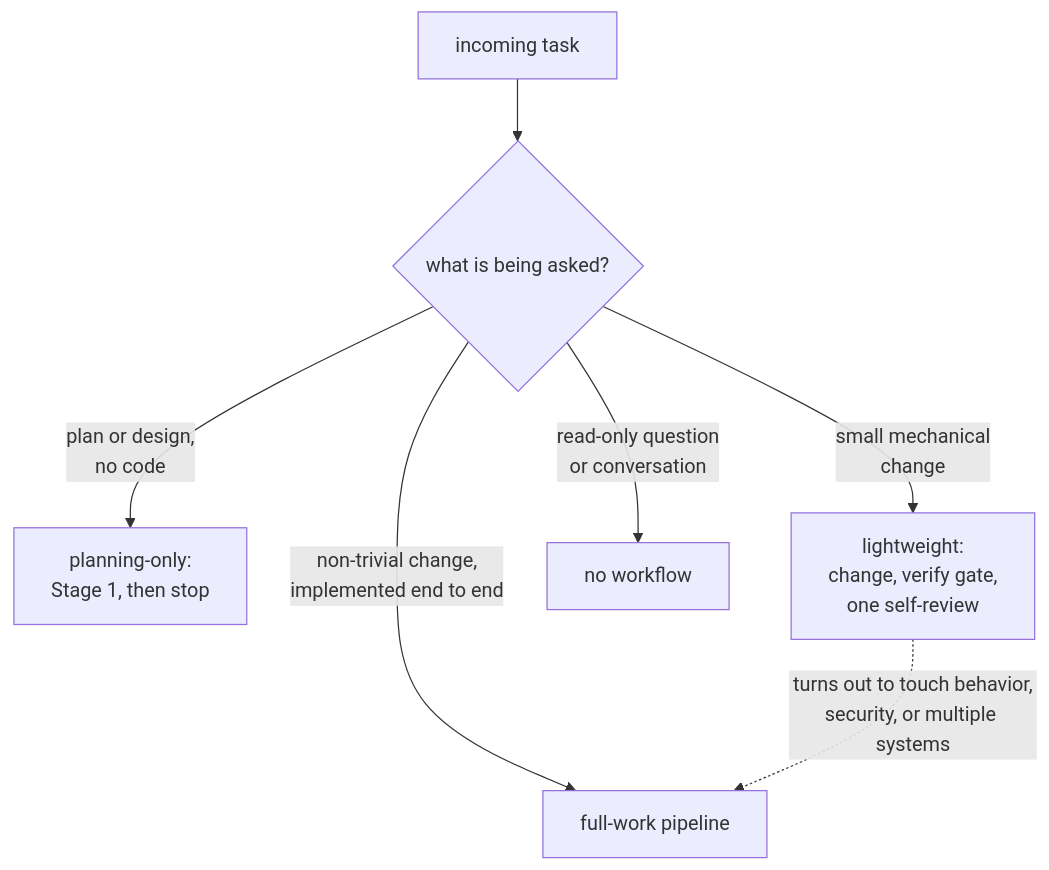
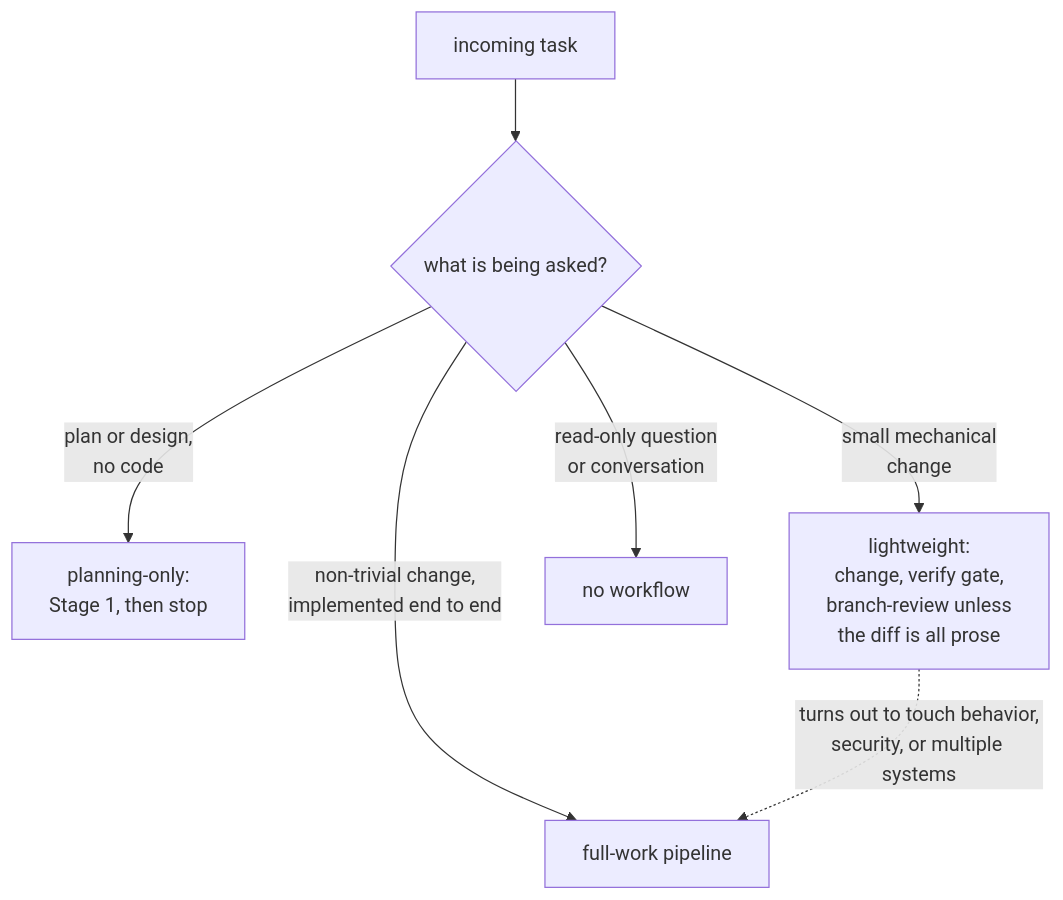
The first of 3 diagrams in README.md (brenordv/claude-skill-set), drawn with Mermaid before and after one commit. The commit also changed other lines of this file and 25 other files, not shown here.

````diff
--- a/README.md
+++ b/README.md
@@ -134,9 +147,9 @@
 ```mermaid
 flowchart TD
     T["incoming task"] --> Q{"what is being asked?"}
     Q -->|"non-trivial change,<br/>implemented end to end"| FW["full-work pipeline"]
     Q -->|"plan or design,<br/>no code"| PO["planning-only:<br/>Stage 1, then stop"]
-    Q -->|"small mechanical<br/>change"| LW["lightweight:<br/>change, verify gate,<br/>one self-review"]
+    Q -->|"small mechanical<br/>change"| LW["lightweight:<br/>change, verify gate,<br/>branch-review unless<br/>the diff is all prose"]
     Q -->|"read-only question<br/>or conversation"| NONE["no workflow"]
     LW -.->|"turns out to touch behavior,<br/>security, or multiple systems"| FW
 ```
````
